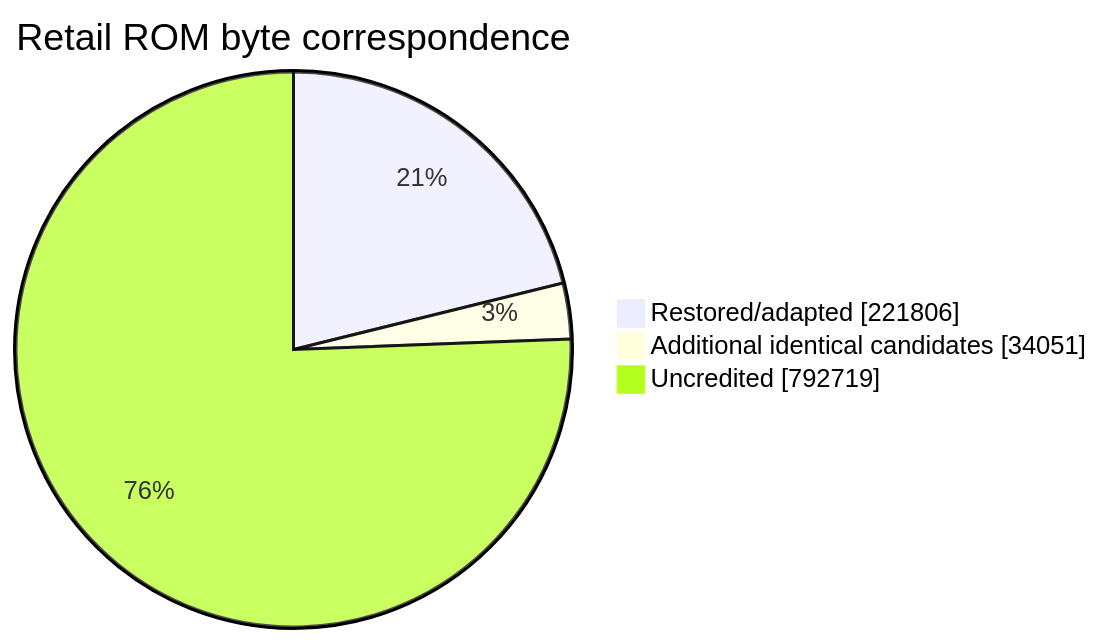
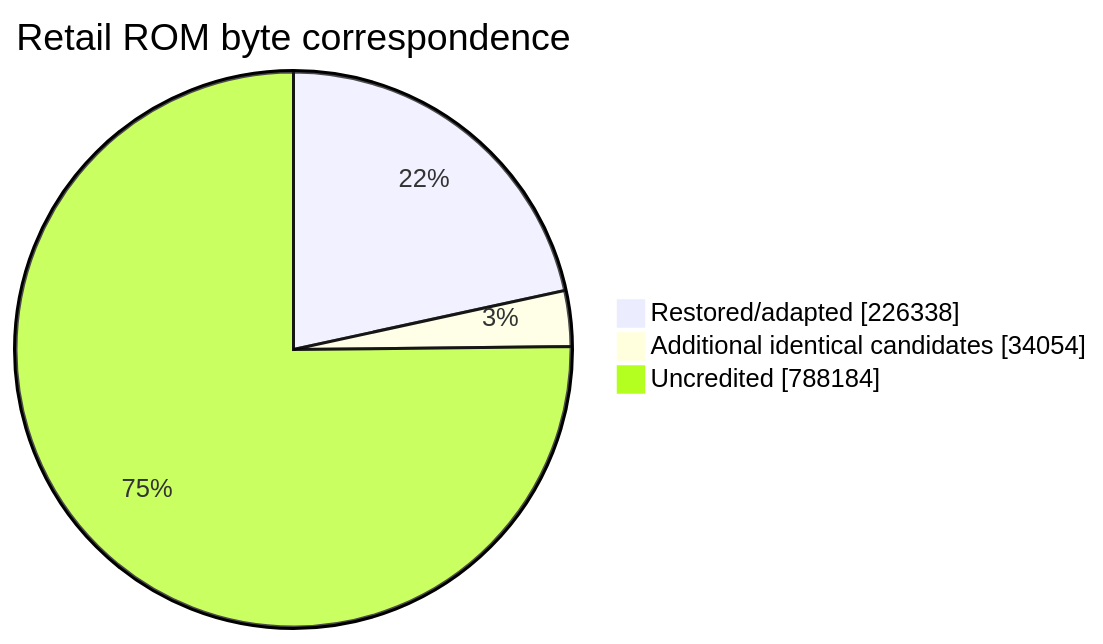
The second of 2 diagrams in readme.md (NachtRaveVL/stuntracefx), drawn with Mermaid before and after one commit. The commit also changed other lines of this file and 8 other files, not shown here.

````diff
--- a/readme.md
+++ b/readme.md
@@ -108,7 +108,7 @@
 ```mermaid
 pie showData
     title Retail ROM byte correspondence
-    "Restored/adapted" : 221806
-    "Additional identical candidates" : 34051
-    "Uncredited" : 792719
+    "Restored/adapted" : 226338
+    "Additional identical candidates" : 34054
+    "Uncredited" : 788184
 ```
````
